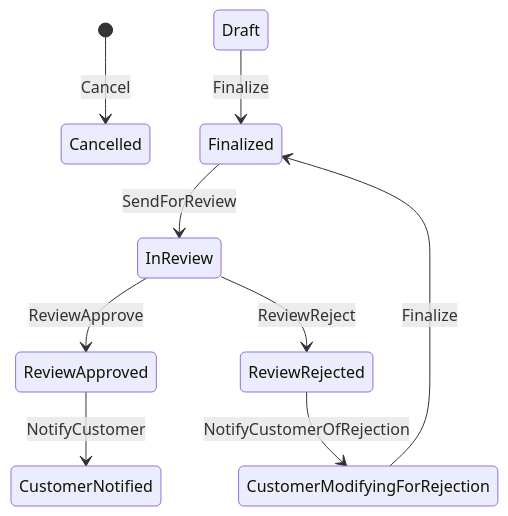
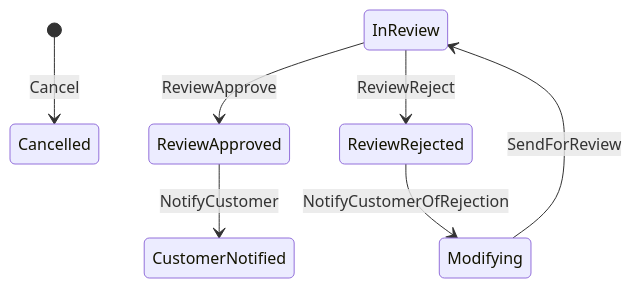
The diagram in docs/MarketingMaterial.mermaid (FIPOCHINA/fipo-fsm), drawn with Mermaid before and after one commit. The commit also changed 47 other files, not shown here.

```diff
--- a/docs/MarketingMaterial.mermaid
+++ b/docs/MarketingMaterial.mermaid
@@ -1,9 +1,7 @@
 stateDiagram-v2
 [*] --> Cancelled : Cancel
-Draft --> Finalized : Finalize
-Finalized --> InReview : SendForReview
 InReview --> ReviewApproved : ReviewApprove
 InReview --> ReviewRejected : ReviewReject
 ReviewApproved --> CustomerNotified : NotifyCustomer
-ReviewRejected --> CustomerModifyingForRejection : NotifyCustomerOfRejection
-CustomerModifyingForRejection --> Finalized : Finalize
+ReviewRejected --> Modifying : NotifyCustomerOfRejection
+Modifying --> InReview : SendForReview
```
